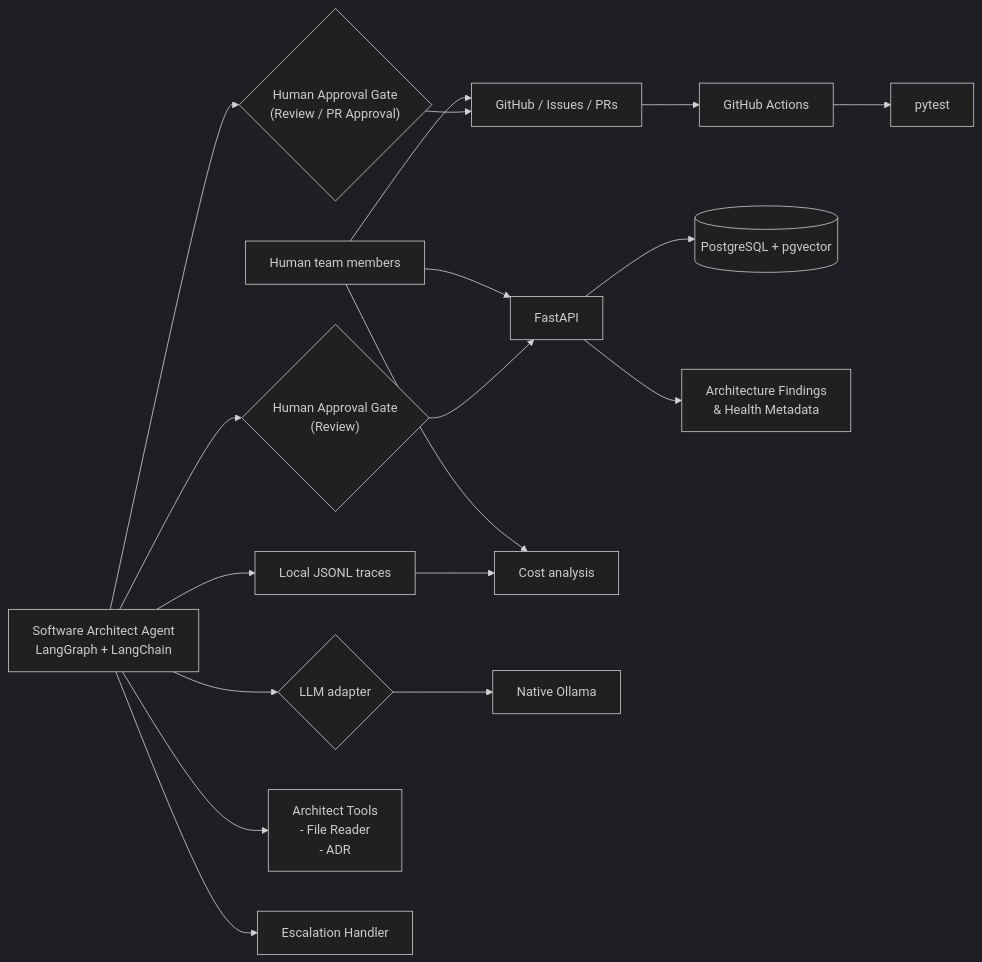
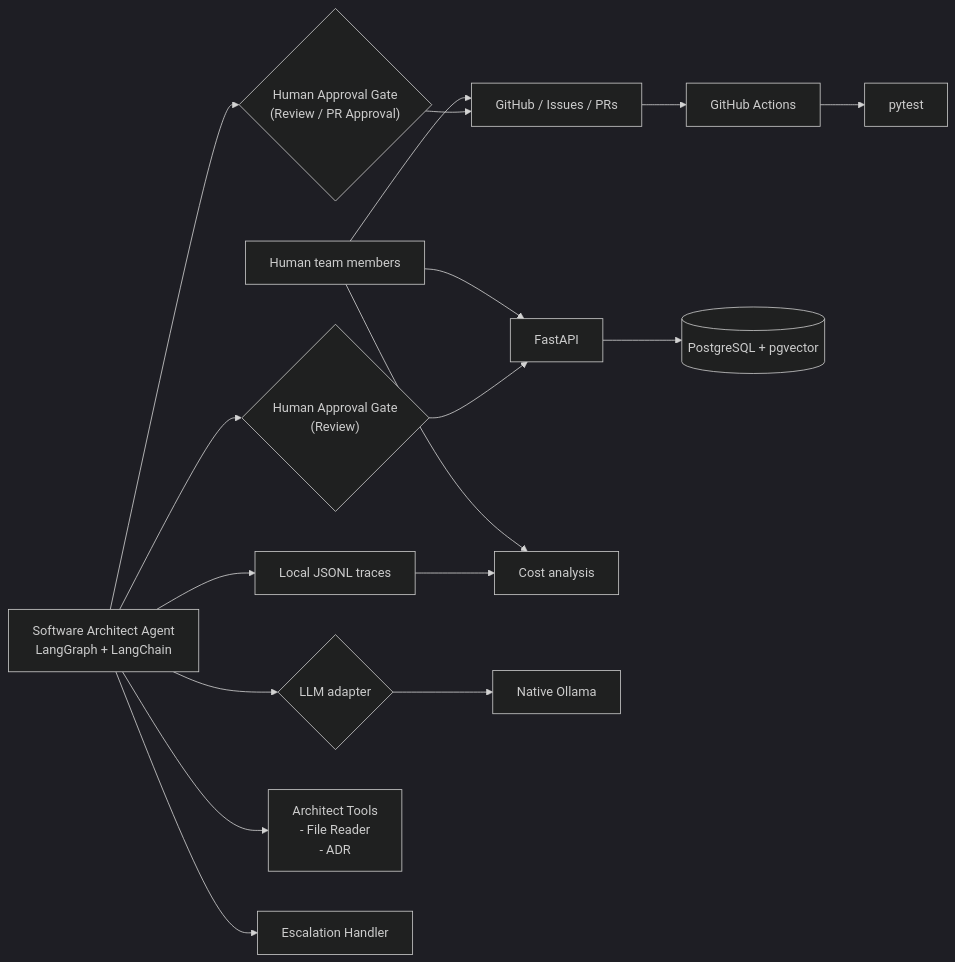
One commit to cait33/agentic_ai changed the diagram in docs/architecture.md. Above: the diagram before and after it, drawn with Mermaid (dark theme).

Commit message:
Update architecture.md
Removed unnecessary extra database for specifically architecture

````diff
--- a/docs/architecture.md
+++ b/docs/architecture.md
@@ -5,24 +5,23 @@
 ```mermaid
 flowchart LR
     Human[Human team members] --> GH[GitHub / Issues / PRs]
     Agent1[Software Architect Agent\nLangGraph + LangChain] --> HG{"Human Approval Gate\n(Review / PR Approval)"}
     HG --> GH
     GH --> CI[GitHub Actions]
     CI --> Tests[pytest]
 
     API[FastAPI] --> DB[(PostgreSQL + pgvector)]
     Human --> API
     Agent1 --> HAG{"Human Approval Gate\n(Review)"}
     HAG --> API
-    API --> WorkItems["Architecture Findings\n& Health Metadata"]
 
     Human --> Cost[Cost analysis]
     Agent1 --> Trace[Local JSONL traces]
     Trace --> Cost[Cost analysis]
 
     Agent1 --> LLM{LLM adapter}
     LLM --> Ollama[Native Ollama]
 
     Agent1 --> Tools["Architect Tools\n- File Reader\n- ADR"]
     Agent1 --> EH["Escalation Handler"]
 ```
````
